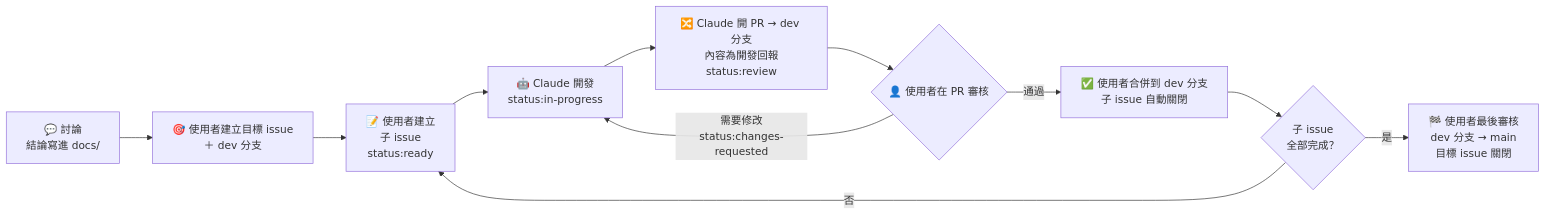
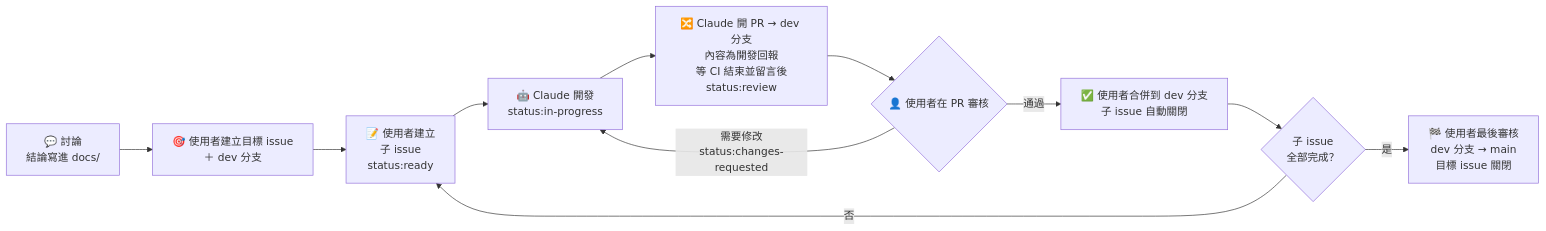
One commit to 17-Tarkov-WYA/tarkov-wya changed the first of 2 diagrams in docs/workflow.md. Above: the diagram before and after it, drawn with Mermaid. The commit also changed other lines of this file and 1 other file, not shown here.

````diff
--- a/docs/workflow.md
+++ b/docs/workflow.md
@@ -5,13 +5,13 @@
 ```mermaid
 flowchart LR
     D["💬 討論<br/>結論寫進 docs/"] --> G["🎯 使用者建立目標 issue<br/>＋ dev 分支"]
     G --> S["📝 使用者建立<br/>子 issue<br/>status:ready"]
     S --> A["🤖 Claude 開發<br/>status:in-progress"]
-    A --> R["🔀 Claude 開 PR → dev 分支<br/>內容為開發回報<br/>status:review"]
+    A --> R["🔀 Claude 開 PR → dev 分支<br/>內容為開發回報<br/>等 CI 結束並留言後<br/>status:review"]
     R --> U{"👤 使用者在 PR 審核"}
     U -->|需要修改<br/>status:changes-requested| A
     U -->|通過| P["✅ 使用者合併到 dev 分支<br/>子 issue 自動關閉"]
     P --> C{"子 issue<br/>全部完成？"}
     C -->|否| S
     C -->|是| F["🏁 使用者最後審核<br/>dev 分支 → main<br/>目標 issue 關閉"]
 ```
````
